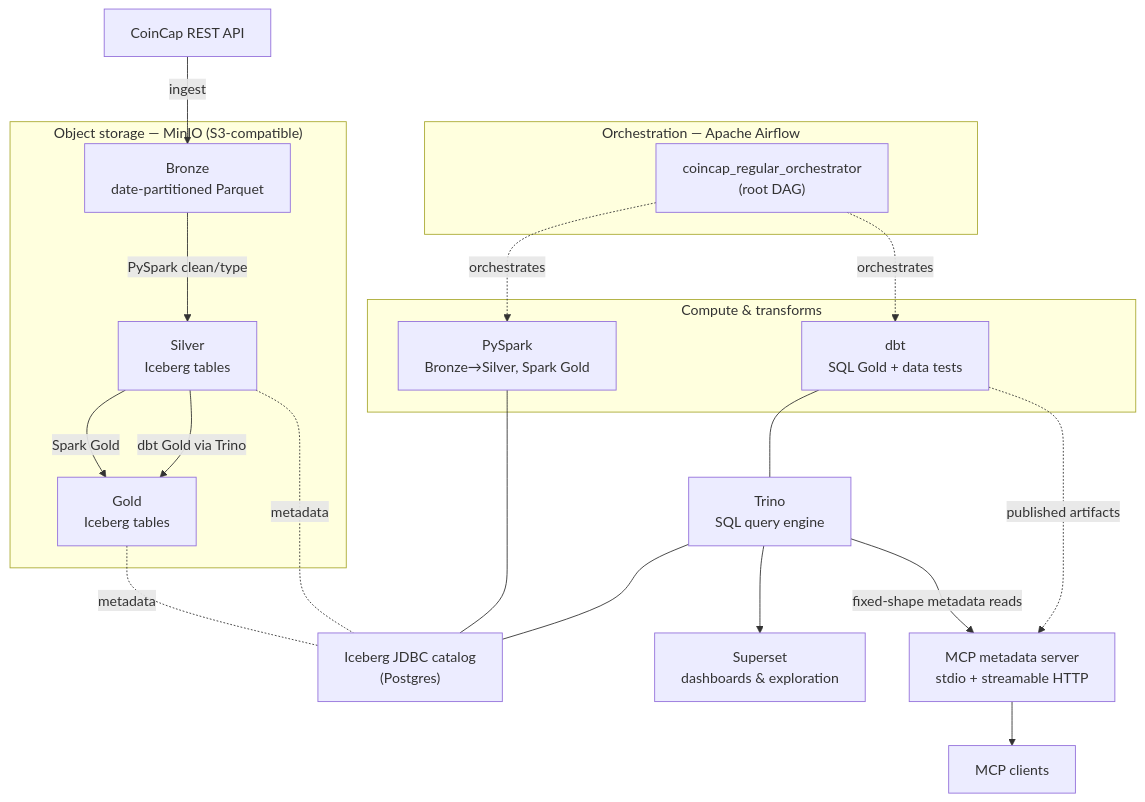
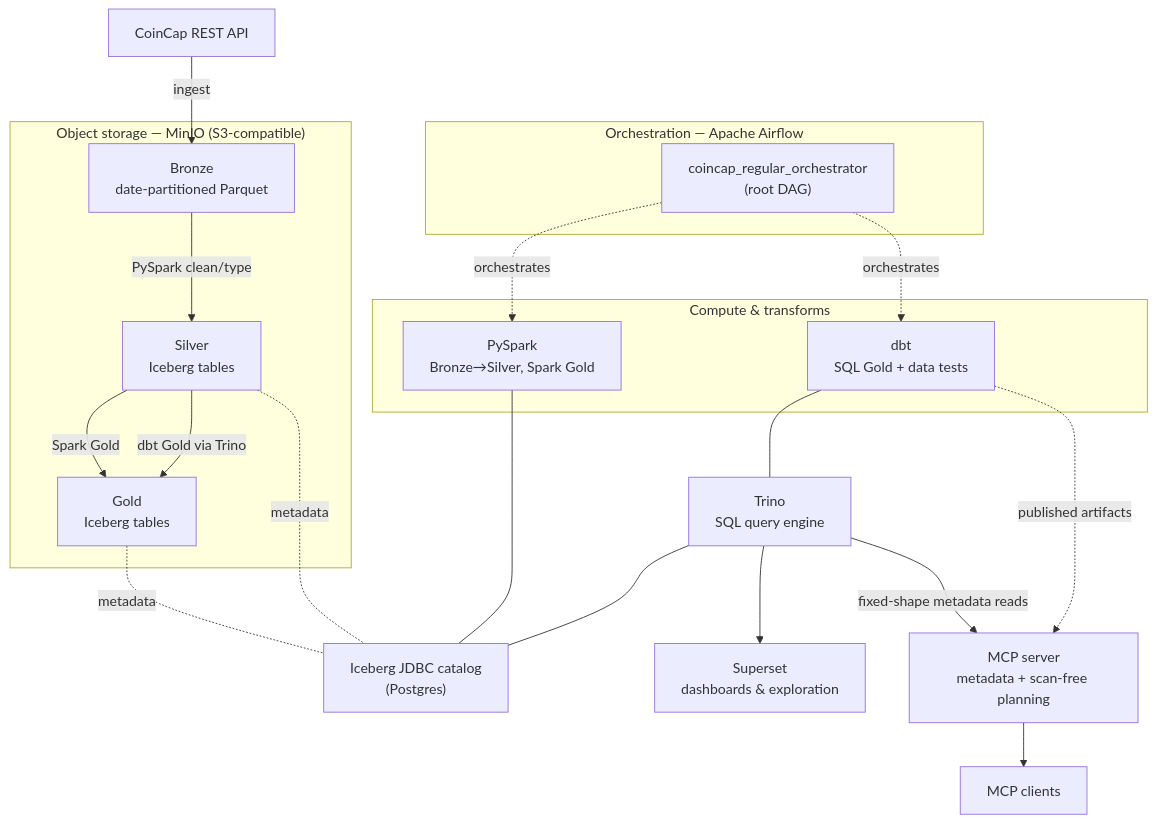
The diagram in README.md (gekaluck/Data_eng_mvp), drawn with Mermaid before and after one commit. The commit also changed other lines of this file and 16 other files, not shown here.

Commit message:
Add scan-free query planning

````diff
--- a/README.md
+++ b/README.md
@@ -23,42 +23,42 @@
 ```mermaid
 flowchart TB
     API["CoinCap REST API"]
 
     subgraph ORCH["Orchestration — Apache Airflow"]
         ROOT["coincap_regular_orchestrator<br/>(root DAG)"]
     end
 
     subgraph STORAGE["Object storage — MinIO (S3-compatible)"]
         BRONZE["Bronze<br/>date-partitioned Parquet"]
         SILVER["Silver<br/>Iceberg tables"]
         GOLD["Gold<br/>Iceberg tables"]
     end
 
     CATALOG["Iceberg JDBC catalog<br/>(Postgres)"]
 
     subgraph COMPUTE["Compute & transforms"]
         SPARK["PySpark<br/>Bronze→Silver, Spark Gold"]
         DBT["dbt<br/>SQL Gold + data tests"]
     end
 
     TRINO["Trino<br/>SQL query engine"]
     SUPERSET["Superset<br/>dashboards & exploration"]
-    MCP["MCP metadata server<br/>stdio + streamable HTTP"]
+    MCP["MCP server<br/>metadata + scan-free planning"]
     MCPCLIENT["MCP clients"]
 
     API -->|ingest| BRONZE
     ROOT -.orchestrates.-> SPARK
     ROOT -.orchestrates.-> DBT
     BRONZE -->|PySpark clean/type| SILVER
     SILVER -->|Spark Gold| GOLD
     SILVER -->|dbt Gold via Trino| GOLD
     SPARK --- CATALOG
     DBT --- TRINO
     TRINO --- CATALOG
     TRINO --> SUPERSET
     TRINO -->|fixed-shape metadata reads| MCP
     DBT -.published artifacts.-> MCP
     MCP --> MCPCLIENT
     SILVER -.metadata.- CATALOG
     GOLD -.metadata.- CATALOG
 ```
````
